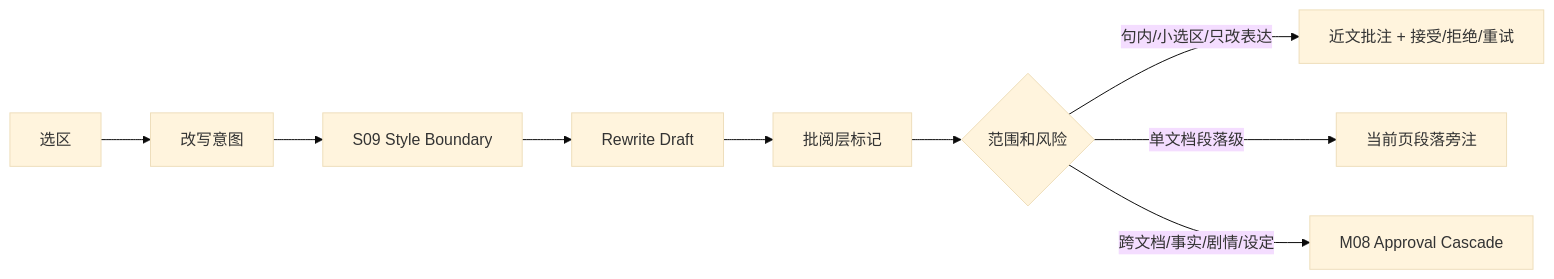
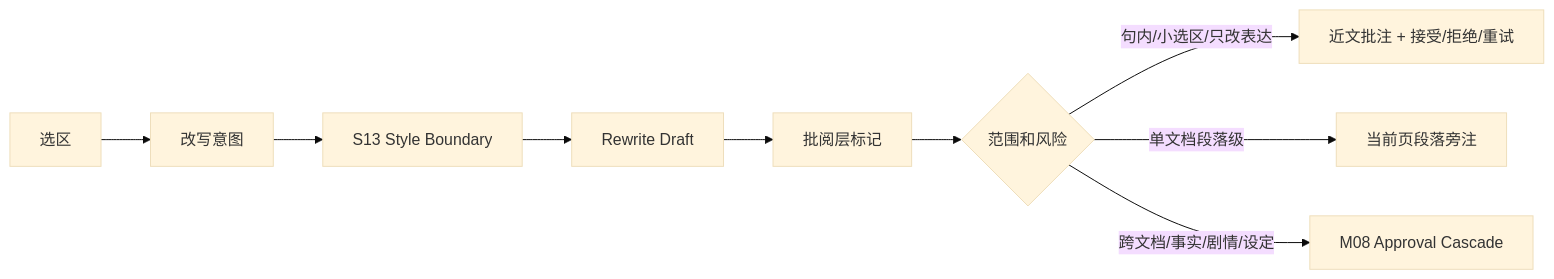
One commit to jinhuang712/open-novel changed the diagram in spec/M07-inline-rewrite-and-humanizer.md. Above: the diagram before and after it, drawn with Mermaid (base theme). The commit also changed 65 other files, not shown here.

````diff
--- a/spec/M07-inline-rewrite-and-humanizer.md
+++ b/spec/M07-inline-rewrite-and-humanizer.md
@@ -14,11 +14,11 @@
 ```mermaid
 flowchart LR
   Selection[选区] --> Intent[改写意图]
-  Intent --> Style[S09 Style Boundary]
+  Intent --> Style[S13 Style Boundary]
   Style --> Draft[Rewrite Draft]
   Draft --> Mark[批阅层标记]
   Mark --> Decision{范围和风险}
   Decision -->|句内/小选区/只改表达| Inline[近文批注 + 接受/拒绝/重试]
   Decision -->|单文档段落级| Margin[当前页段落旁注]
   Decision -->|跨文档/事实/剧情/设定| Cascade[M08 Approval Cascade]
 ```
````
